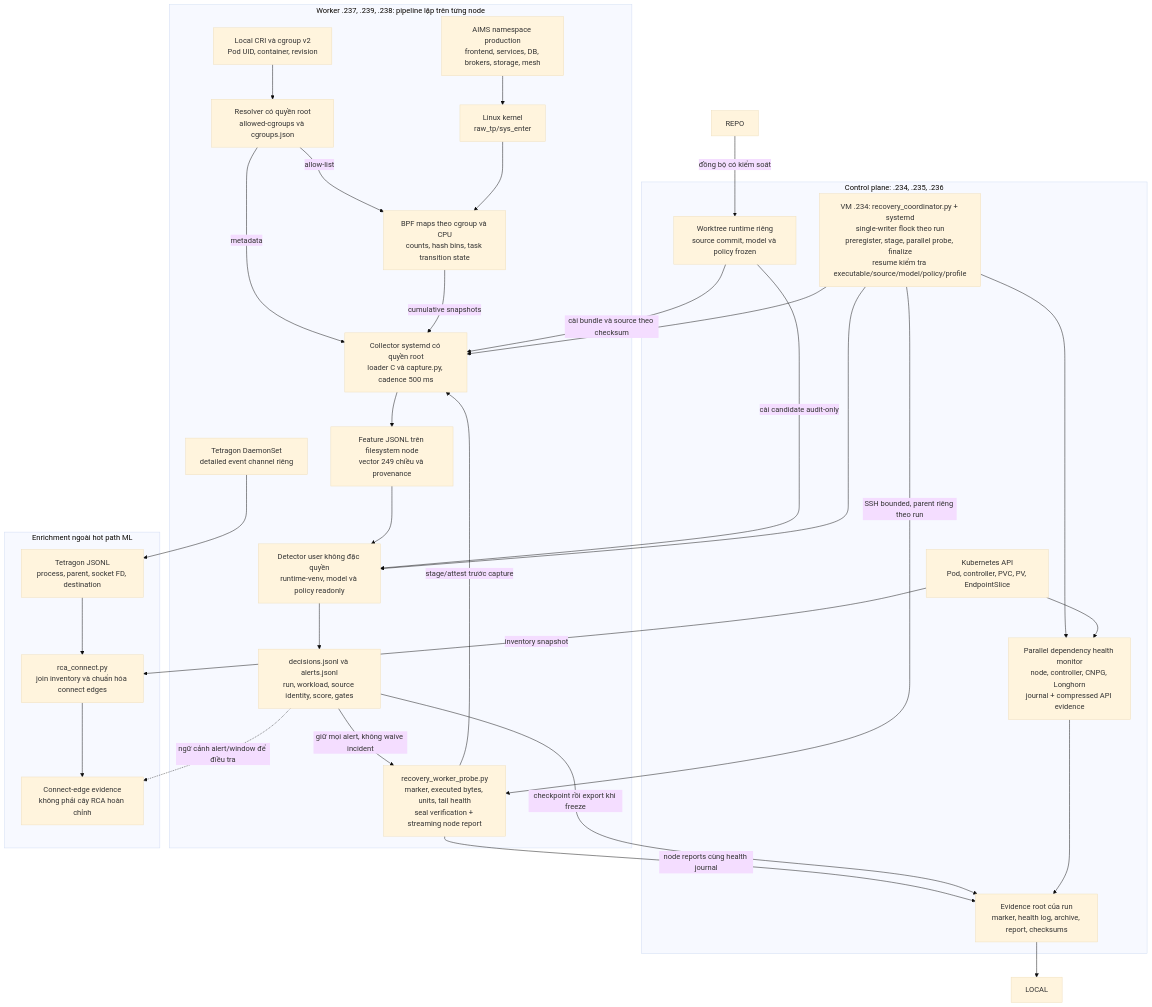
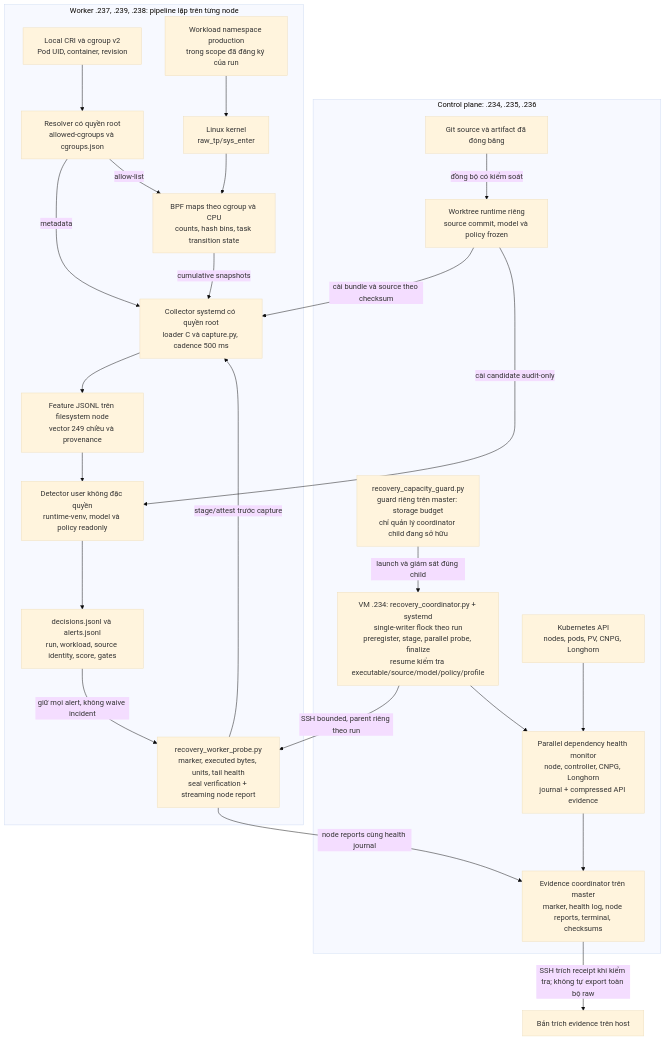
One commit to tndat-dev/eBPF-project changed the first of 3 diagrams in sentinel-pulse.md. Above: the diagram before and after it, drawn with Mermaid (base theme). The commit also changed other lines of this file and 1 other file, not shown here.

Commit message:
Simplify Pulse flow diagrams and remove inactive paths

````diff
--- a/sentinel-pulse.md
+++ b/sentinel-pulse.md
@@ -88,59 +50,47 @@
 ```mermaid
 flowchart TB
     subgraph CP["Control plane: .234, .235, .236"]
-        API["Kubernetes API<br/>Pod, controller, PVC, PV, EndpointSlice"]
+        API["Kubernetes API<br/>nodes, pods, PV, CNPG, Longhorn"]
+        REPO["Git source và artifact đã đóng băng"]
+        GUARD["recovery_capacity_guard.py<br/>guard riêng trên master: storage budget<br/>chỉ quản lý coordinator child đang sở hữu"]
         ORCH["VM .234: recovery_coordinator.py + systemd<br/>single-writer flock theo run<br/>preregister, stage, parallel probe, finalize<br/>resume kiểm tra executable/source/model/policy/profile"]
         FROZEN["Worktree runtime riêng<br/>source commit, model và policy frozen"]
         HEALTH["Parallel dependency health monitor<br/>node, controller, CNPG, Longhorn<br/>journal + compressed API evidence"]
-        ARCHIVE["Evidence root của run<br/>marker, health log, archive, report, checksums"]
+        ARCHIVE["Evidence coordinator trên master<br/>marker, health log, node reports, terminal, checksums"]
     end
 
     subgraph WORKERS["Worker .237, .239, .238: pipeline lặp trên từng node"]
-        POD["AIMS namespace production<br/>frontend, services, DB, brokers, storage, mesh"]
+        POD["Workload namespace production<br/>trong scope đã đăng ký của run"]
         CRI["Local CRI và cgroup v2<br/>Pod UID, container, revision"]
         RES["Resolver có quyền root<br/>allowed-cgroups và cgroups.json"]
         KERNEL["Linux kernel<br/>raw_tp/sys_enter"]
         MAP["BPF maps theo cgroup và CPU<br/>counts, hash bins, task transition state"]
         COL["Collector systemd có quyền root<br/>loader C và capture.py, cadence 500 ms"]
         FEATURE["Feature JSONL trên filesystem node<br/>vector 249 chiều và provenance"]
         DET["Detector user không đặc quyền<br/>runtime-venv, model và policy readonly"]
         OUTPUT["decisions.jsonl và alerts.jsonl<br/>run, workload, source identity, score, gates"]
         PROBE["recovery_worker_probe.py<br/>marker, executed bytes, units, tail health<br/>seal verification + streaming node report"]
-        TET["Tetragon DaemonSet<br/>detailed event channel riêng"]
-    end
-
-    subgraph RCA["Enrichment ngoài hot path ML"]
-        EVENTS["Tetragon JSONL<br/>process, parent, socket FD, destination"]
-        EDGE["rca_connect.py<br/>join inventory và chuẩn hóa connect edges"]
-        EDGELOG["Connect-edge evidence<br/>không phải cây RCA hoàn chỉnh"]
     end
 
     REPO -->|"đồng bộ có kiểm soát"| FROZEN
     FROZEN -->|"cài bundle và source theo checksum"| COL
     FROZEN -->|"cài candidate audit-only"| DET
-    ORCH --> COL
-    ORCH --> DET
+    GUARD -->|"launch và giám sát đúng child"| ORCH
     CRI --> RES
     RES -->|"allow-list"| MAP
     RES -->|"metadata"| COL
     POD --> KERNEL
     KERNEL --> MAP
     MAP -->|"cumulative snapshots"| COL
     COL --> FEATURE
     FEATURE --> DET
     DET --> OUTPUT
     ORCH -->|"SSH bounded, parent riêng theo run"| PROBE
     PROBE -->|"stage/attest trước capture"| COL
     OUTPUT -->|"giữ mọi alert, không waive incident"| PROBE
     PROBE -->|"node reports cùng health journal"| ARCHIVE
     ORCH --> HEALTH
     API --> HEALTH
-    OUTPUT -->|"checkpoint rồi export khi freeze"| ARCHIVE
     HEALTH --> ARCHIVE
-    ARCHIVE --> LOCAL
-    TET --> EVENTS
-    API -->|"inventory snapshot"| EDGE
-    EVENTS --> EDGE
-    OUTPUT -.->|"ngữ cảnh alert/window để điều tra"| EDGELOG
-    EDGE --> EDGELOG
+    ARCHIVE -->|"SSH trích receipt khi kiểm tra; không tự export toàn bộ raw"| LOCAL["Bản trích evidence trên host"]
 ```
````
